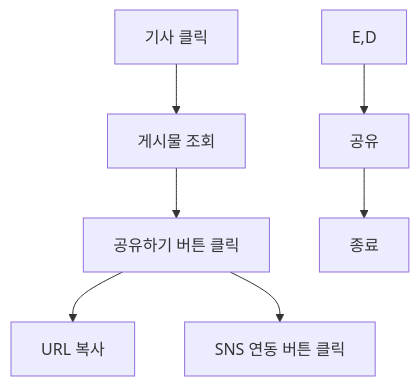
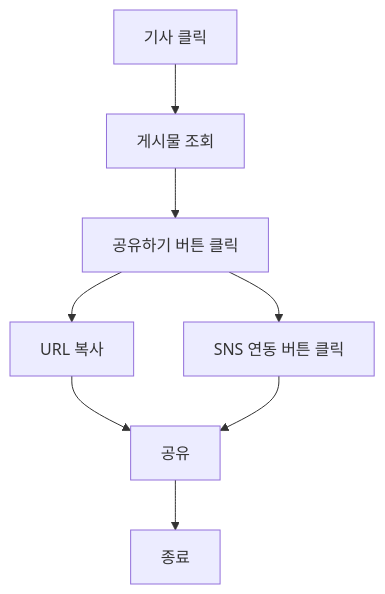
Before and after one commit to ssuminii/devcamp-onboarding-template: the fifth of 5 diagrams in design/기능정의서.md, drawn with Mermaid.

Commit message:
기능정의서 기사 공유하기 수정

````diff
--- a/design/기능정의서.md
+++ b/design/기능정의서.md
@@ -71,9 +71,10 @@
 ```mermaid
 flowchart TD
     A[기사 클릭] --> B[게시물 조회]
     B --> C[공유하기 버튼 클릭]
     C --> D[URL 복사]
     C --> E[SNS 연동 버튼 클릭]
-    E,D --> F[공유]
+    D --> F[공유]
+    E --> F[공유]
     F --> Z[종료]
 ```
````
